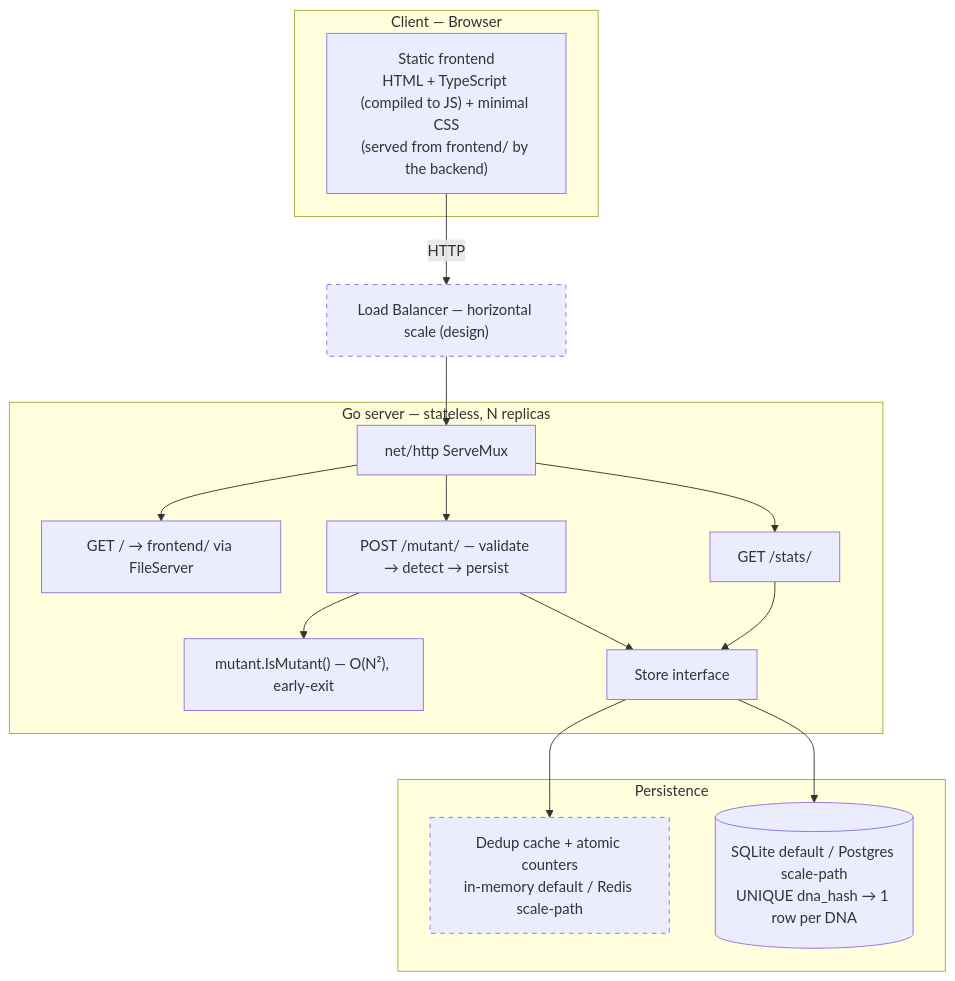
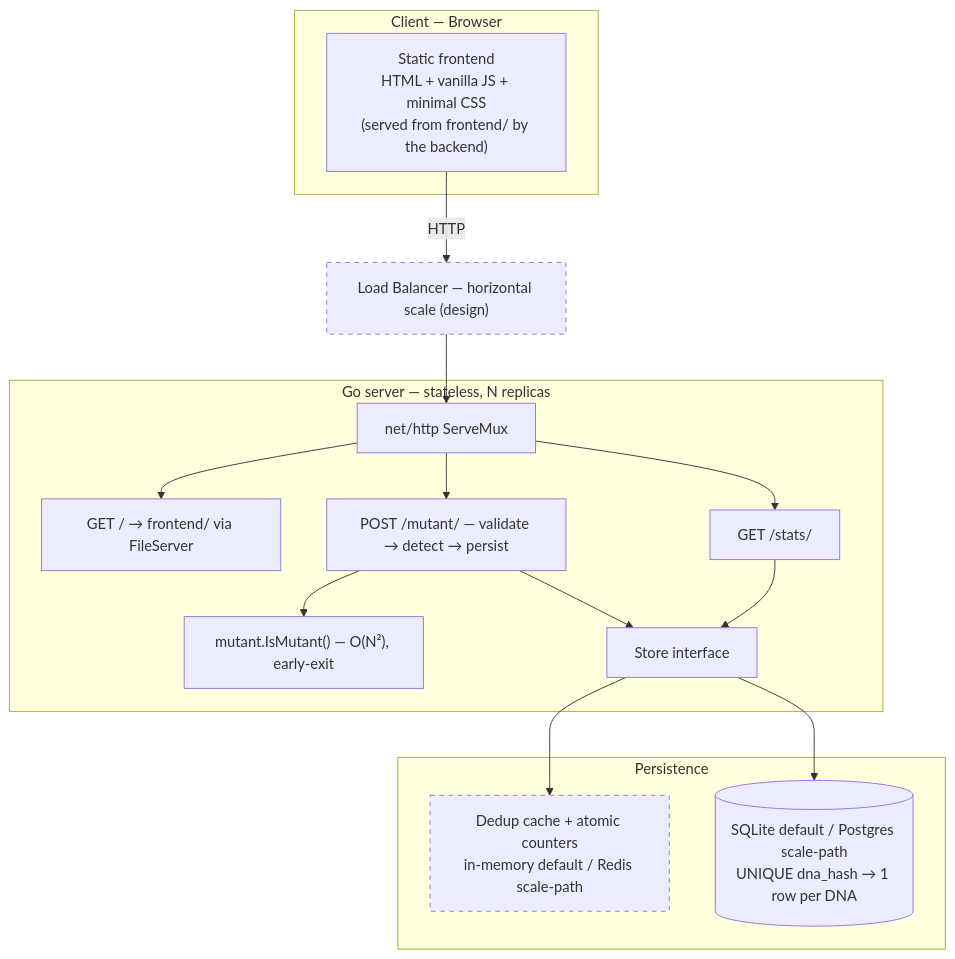
Before and after one commit to ShreyKumar/rif-take-home-challenge: the first of 2 diagrams in requirements.md, drawn with Mermaid. The commit also changed other lines of this file, not shown here.

First line of the commit message:
docs(requirements): restore vanilla-JS frontend spec to match main (H1)

````diff
--- a/requirements.md
+++ b/requirements.md
@@ -247,35 +244,35 @@
 ```mermaid
 flowchart TB
     subgraph Client["Client — Browser"]
-        UI["Static frontend<br/>HTML + TypeScript (compiled to JS) + minimal CSS<br/>(served from frontend/ by the backend)"]
+        UI["Static frontend<br/>HTML + vanilla JS + minimal CSS<br/>(served from frontend/ by the backend)"]
     end
 
     LB["Load Balancer — horizontal scale (design)"]:::scale
 
     subgraph Server["Go server — stateless, N replicas"]
         Router["net/http ServeMux"]
         Static["GET / → frontend/ via FileServer"]
         MutantH["POST /mutant/ — validate → detect → persist"]
         StatsH["GET /stats/"]
         Algo["mutant.IsMutant() — O(N²), early-exit"]
         Store["Store interface"]
     end
 
     subgraph Data["Persistence"]
         Counters["Dedup cache + atomic counters<br/>in-memory default / Redis scale-path"]:::scale
         DB[("SQLite default / Postgres scale-path<br/>UNIQUE dna_hash → 1 row per DNA")]
     end
 
     UI -->|HTTP| LB
     LB --> Router
     Router --> Static
     Router --> MutantH
     Router --> StatsH
     MutantH --> Algo
     MutantH --> Store
     StatsH --> Store
     Store --> Counters
     Store --> DB
 
     classDef scale stroke-dasharray:5 5;
 ```
````
